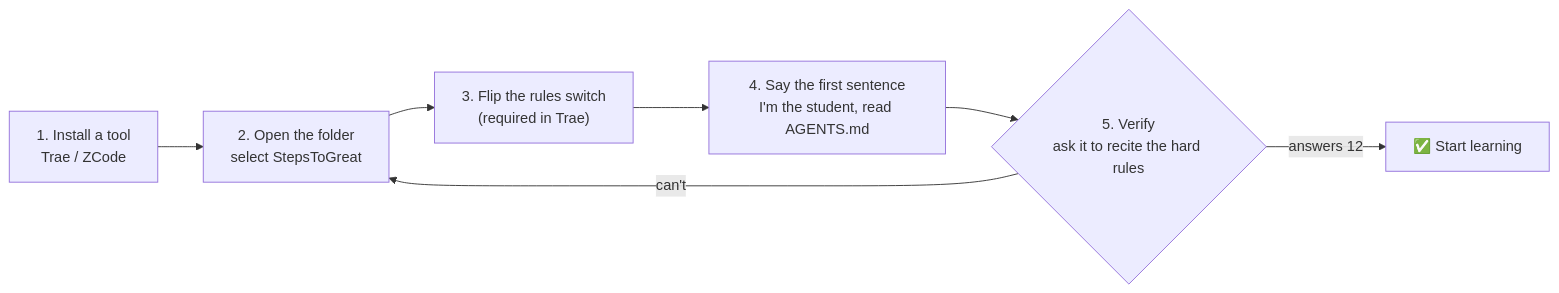
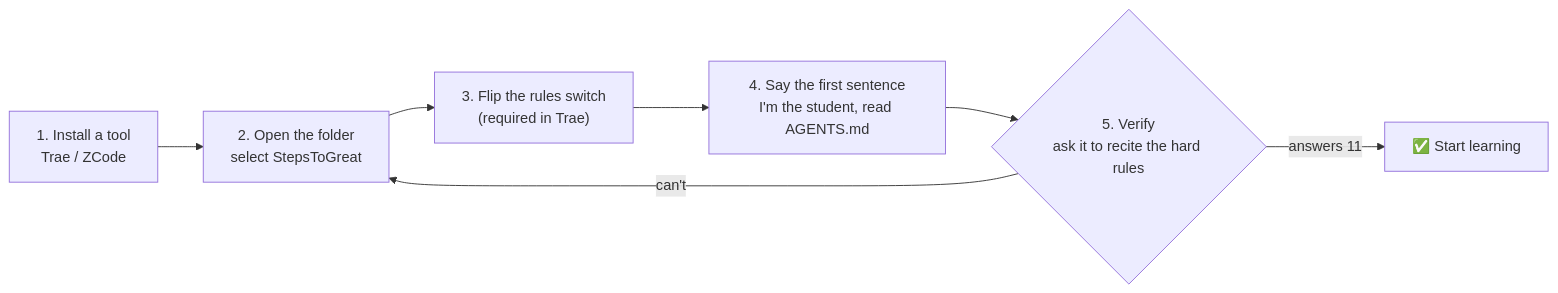
Before and after one commit to wildcat430524/StepsToGreat: the first of 3 diagrams in 教程/ui-mockups.en.md, drawn with Mermaid. The commit also changed other lines of this file and 31 other files, not shown here.

````diff
--- a/教程/ui-mockups.en.md
+++ b/教程/ui-mockups.en.md
@@ -33,9 +33,9 @@
 ```mermaid
 flowchart LR
     A["1. Install a tool<br/>Trae / ZCode"] --> B["2. Open the folder<br/>select StepsToGreat"]
     B --> C["3. Flip the rules switch<br/>(required in Trae)"]
     C --> D["4. Say the first sentence<br/>I'm the student, read AGENTS.md"]
     D --> E{"5. Verify<br/>ask it to recite the hard rules"}
-    E -->|"answers 12"| F["✅ Start learning"]
+    E -->|"answers 11"| F["✅ Start learning"]
     E -->|"can't"| B
 ```
````
